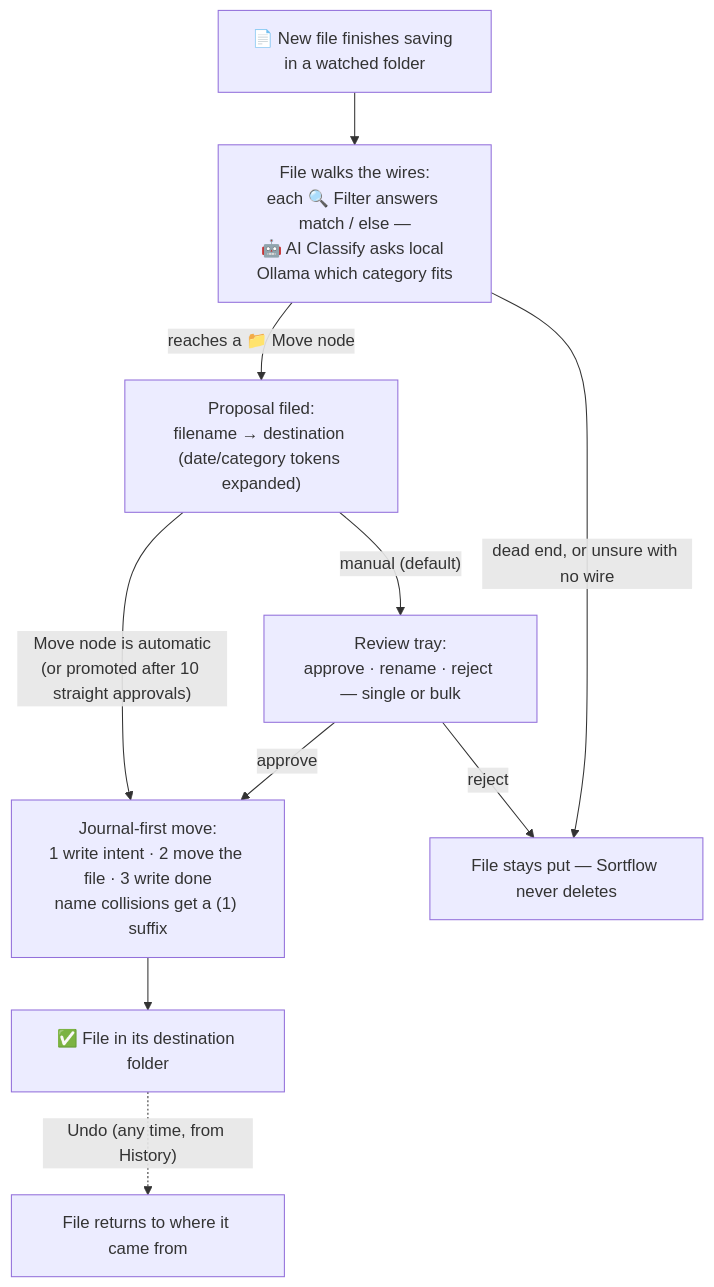
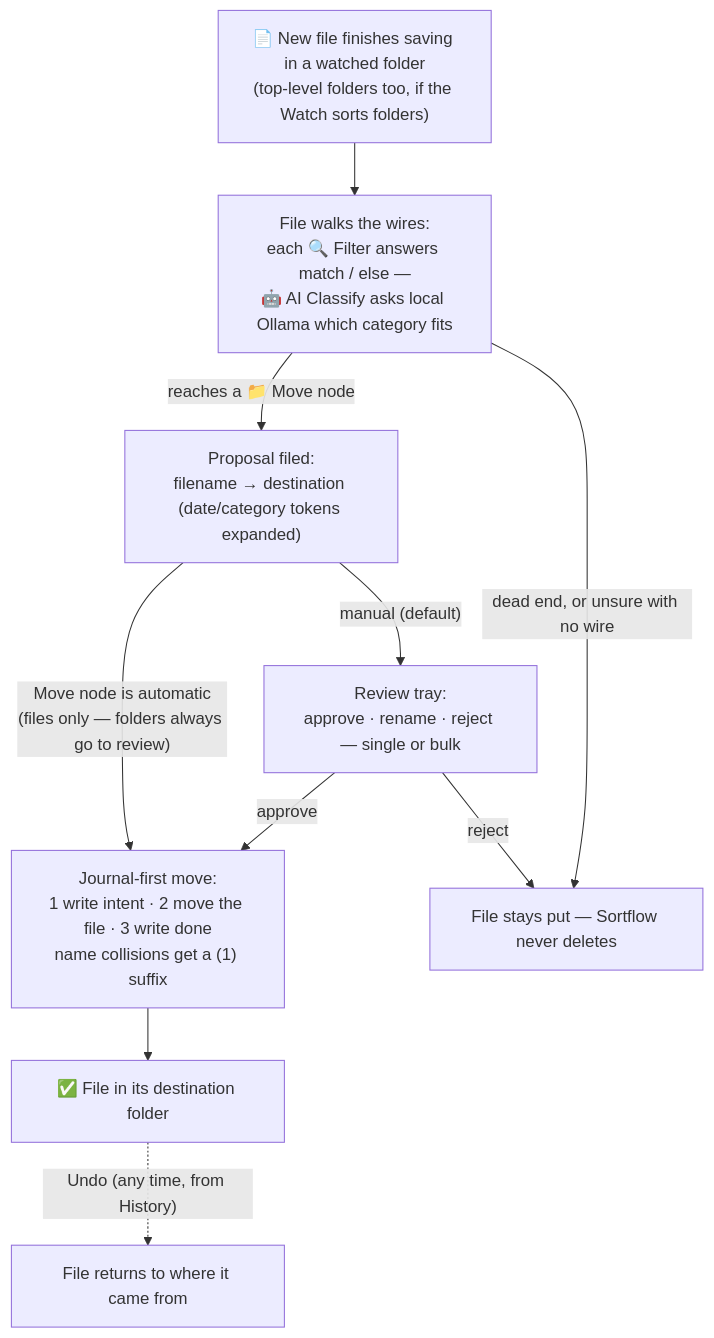
The second of 2 diagrams in README.md (Da0t/sortflow), drawn with Mermaid before and after one commit. The commit also changed other lines of this file and 9 other files, not shown here.

````diff
--- a/README.md
+++ b/README.md
@@ -201,13 +235,13 @@
 ```mermaid
 flowchart TB
-    New["📄 New file finishes saving in a watched folder"]
+    New["📄 New file finishes saving in a watched folder<br/>(top-level folders too, if the Watch sorts folders)"]
     New --> Route["File walks the wires:<br/>each 🔍 Filter answers match / else —<br/>🤖 AI Classify asks local Ollama which category fits"]
     Route -->|"reaches a 📁 Move node"| Proposal["Proposal filed:<br/>filename → destination (date/category tokens expanded)"]
     Route -->|"dead end, or unsure with no wire"| Stay["File stays put — Sortflow never deletes"]
-    Proposal -->|"Move node is automatic<br/>(or promoted after 10 straight approvals)"| Move["Journal-first move:<br/>1 write intent · 2 move the file · 3 write done<br/>name collisions get a (1) suffix"]
+    Proposal -->|"Move node is automatic<br/>(files only — folders always go to review)"| Move["Journal-first move:<br/>1 write intent · 2 move the file · 3 write done<br/>name collisions get a (1) suffix"]
     Proposal -->|"manual (default)"| Review["Review tray:<br/>approve · rename · reject — single or bulk"]
     Review -->|"approve"| Move
     Review -->|"reject"| Stay
     Move --> Dest["✅ File in its destination folder"]
     Dest -.->|"Undo (any time, from History)"| Back["File returns to where it came from"]
 ```
````
